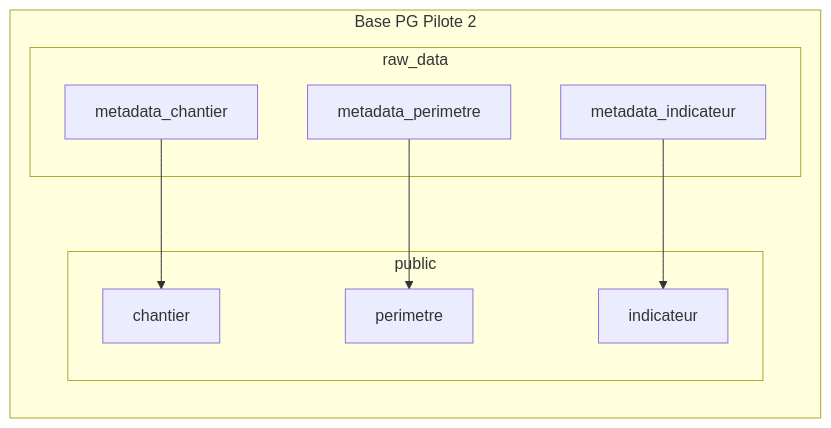
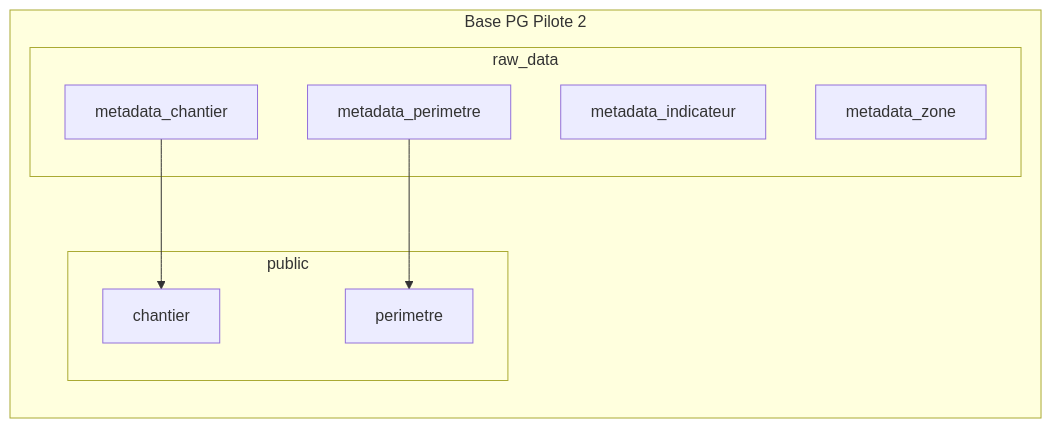
One commit to DITP-pilotage/pilote-2 changed the fourth of 4 diagrams in data/README.md. Above: the diagram before and after it, drawn with Mermaid. The commit also changed other lines of this file, not shown here.

Commit message:
docs: ajout du pipeline metadata_zone au readme (76)

````diff
--- a/data/README.md
+++ b/data/README.md
@@ -211,15 +212,15 @@
 ``` mermaid
 graph LR
 subgraph Base PG Pilote 2
    subgraph raw_data
       MCHA[metadata_chantier]
       MPER[metadata_perimetre]
       MIND[metadata_indicateur]
+      MZON[metadata_zone]
    end
    subgraph public
       MCHA --> CHA[chantier]
       MPER --> PER[perimetre]
-      MIND --> IND[indicateur]
    end
 end
 ```
````
